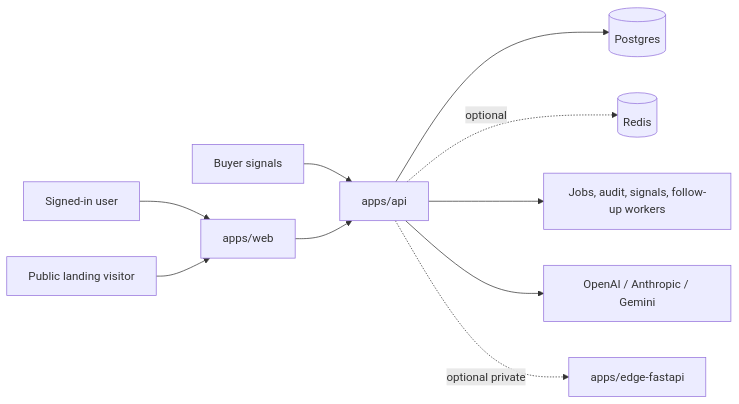
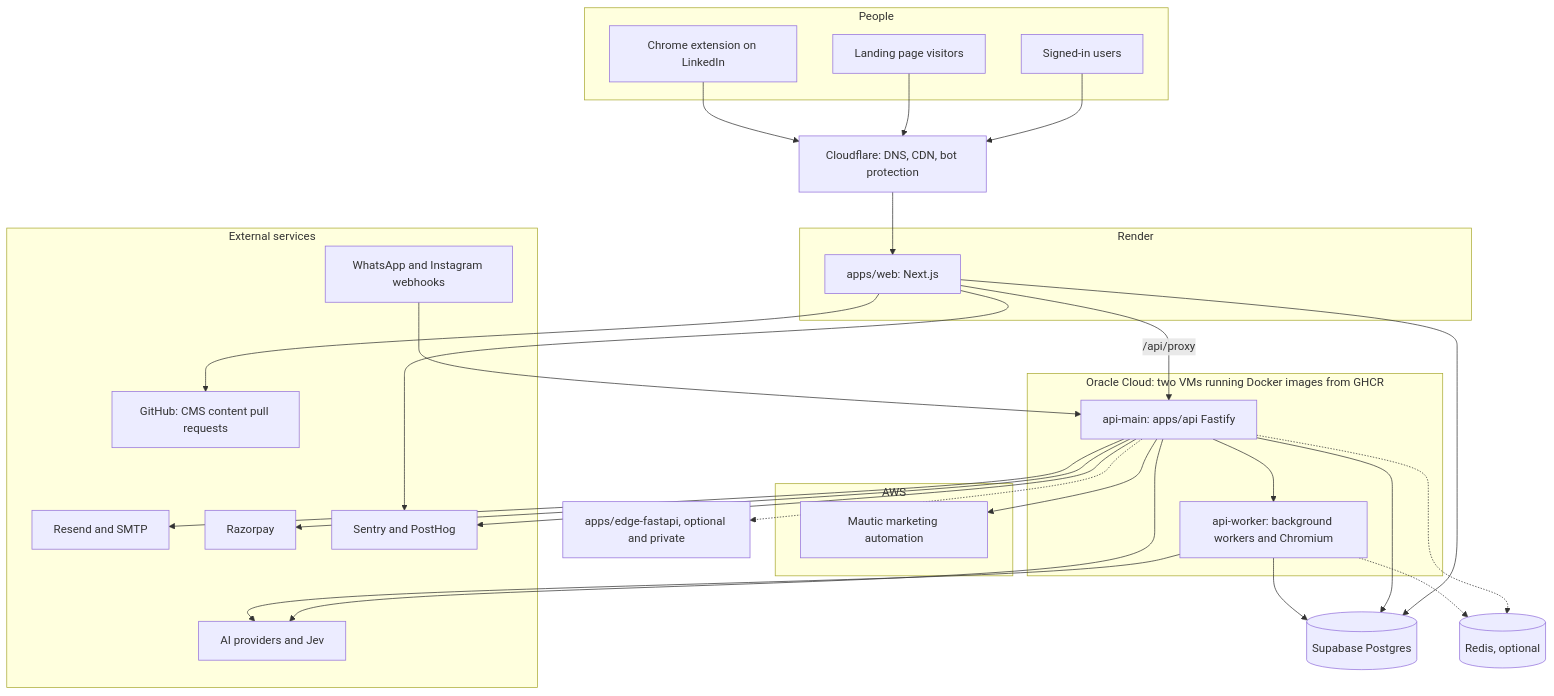
One commit to Convospanai-outreach/fullstack changed the diagram in README.md. Above: the diagram before and after it, drawn with Mermaid. The commit also changed other lines of this file, not shown here.

Commit message:
README shows the real deployment topology and drops stale status snapshots

````diff
--- a/README.md
+++ b/README.md
@@ -28,12 +26,58 @@
 ```mermaid
-flowchart LR
-    Browser[Signed-in user] --> Web[apps/web]
-    Visitor[Public landing visitor] --> Web
-    Netjana[Buyer signals] --> API[apps/api]
-    Web --> API
-    API --> Postgres[(Postgres)]
-    API -. optional .-> Redis[(Redis)]
-    API --> Workers[Jobs, audit, signals, follow-up workers]
-    API --> Models[OpenAI / Anthropic / Gemini]
-    API -. optional private .-> Edge[apps/edge-fastapi]
+flowchart TB
+    subgraph People
+        User[Signed-in users]
+        Visitor[Landing page visitors]
+        Ext[Chrome extension on LinkedIn]
+    end
+
+    CF[Cloudflare: DNS, CDN, bot protection]
+
+    subgraph Render[Render]
+        Web[apps/web: Next.js]
+    end
+
+    subgraph Oracle[Oracle Cloud: two VMs running Docker images from GHCR]
+        API[api-main: apps/api Fastify]
+        Worker[api-worker: background workers and Chromium]
+    end
+
+    DB[(Supabase Postgres)]
+    Redis[(Redis, optional)]
+    Edge[apps/edge-fastapi, optional and private]
+
+    subgraph AWS[AWS]
+        Mautic[Mautic marketing automation]
+    end
+
+    subgraph External[External services]
+        AI[AI providers and Jev]
+        Mail[Resend and SMTP]
+        Pay[Razorpay]
+        Meta[WhatsApp and Instagram webhooks]
+        Obs[Sentry and PostHog]
+        GH[GitHub: CMS content pull requests]
+    end
+
+    User --> CF
+    Visitor --> CF
+    Ext --> CF
+    CF --> Web
+    Web -->|"/api/proxy"| API
+    Web --> DB
+    API --> DB
+    Worker --> DB
+    API -.-> Redis
+    Worker -.-> Redis
+    API --> Worker
+    API --> AI
+    Worker --> AI
+    API --> Mail
+    API --> Pay
+    Meta --> API
+    API --> Mautic
+    API -.-> Edge
+    Web --> Obs
+    API --> Obs
+    Web --> GH
 ```
````
